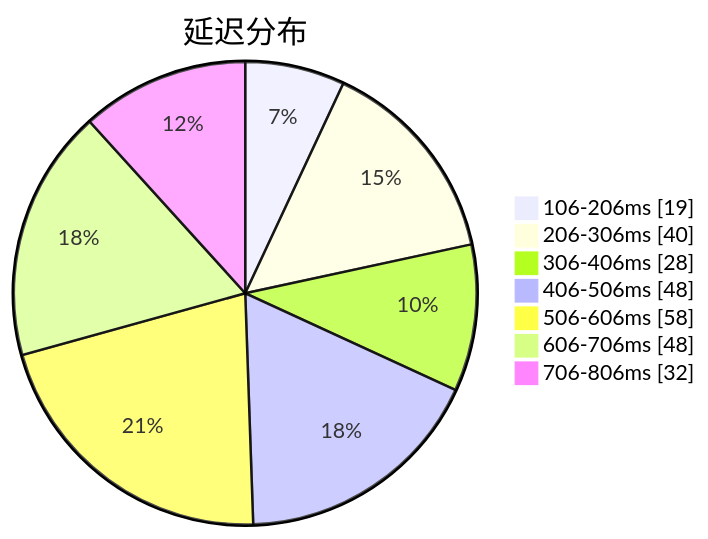
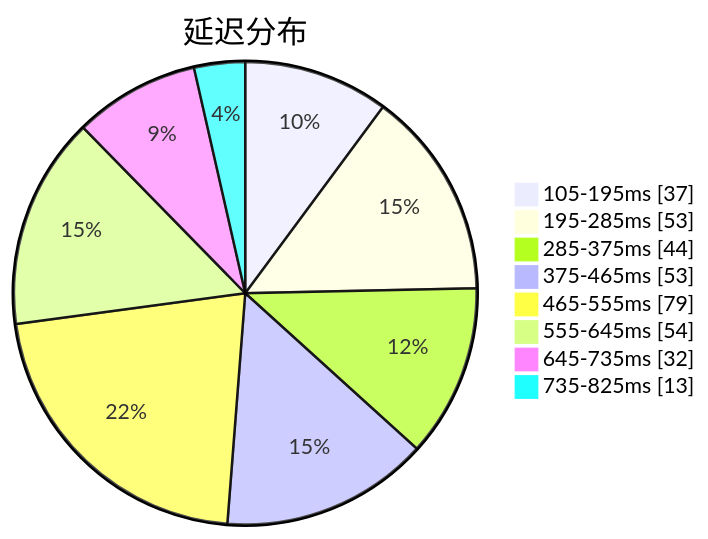
Before and after one commit to sinspired/airport: the first of 3 diagrams in subs/statistics/tested_within.md, drawn with Mermaid. The commit also changed other lines of this file and 2 other files, not shown here.

````diff
--- a/subs/statistics/tested_within.md
+++ b/subs/statistics/tested_within.md
@@ -2,11 +2,12 @@
 ```mermaid
 pie showData
 title 延迟分布
-"106-206ms" : 19
-"206-306ms" : 40
-"306-406ms" : 28
-"406-506ms" : 48
-"506-606ms" : 58
-"606-706ms" : 48
-"706-806ms" : 32
+"105-195ms" : 37
+"195-285ms" : 53
+"285-375ms" : 44
+"375-465ms" : 53
+"465-555ms" : 79
+"555-645ms" : 54
+"645-735ms" : 32
+"735-825ms" : 13
 ```
````
